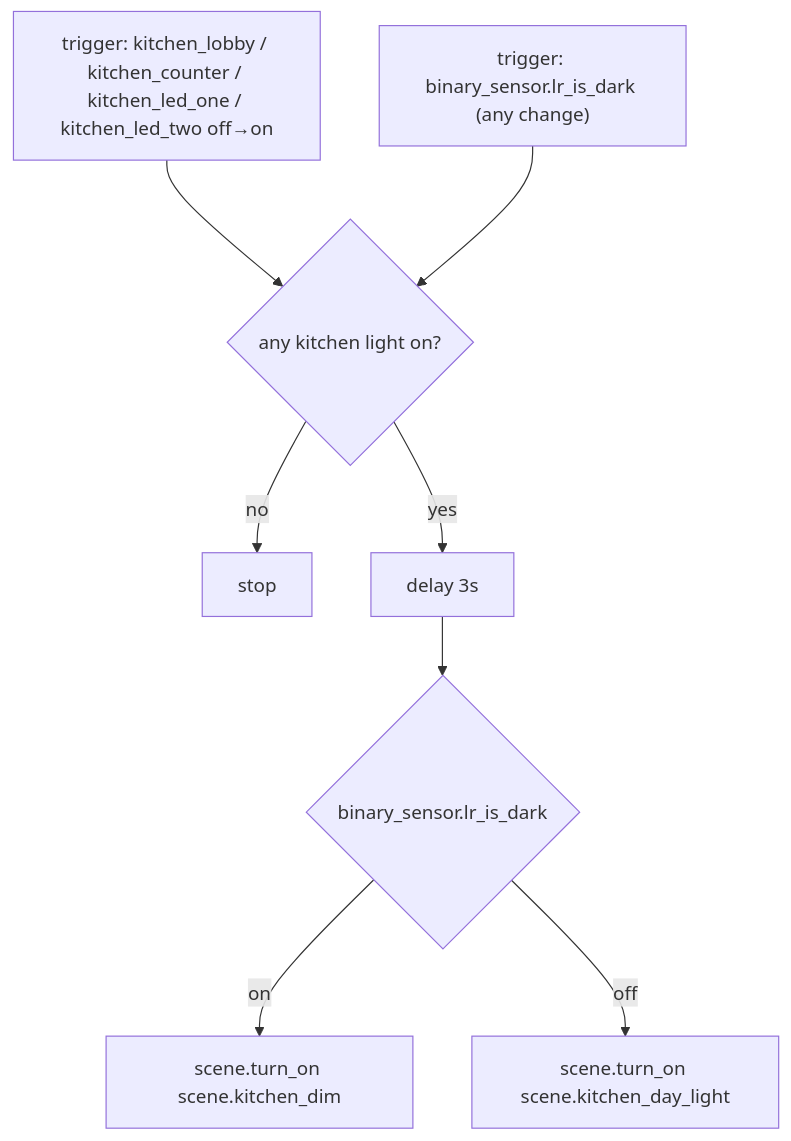
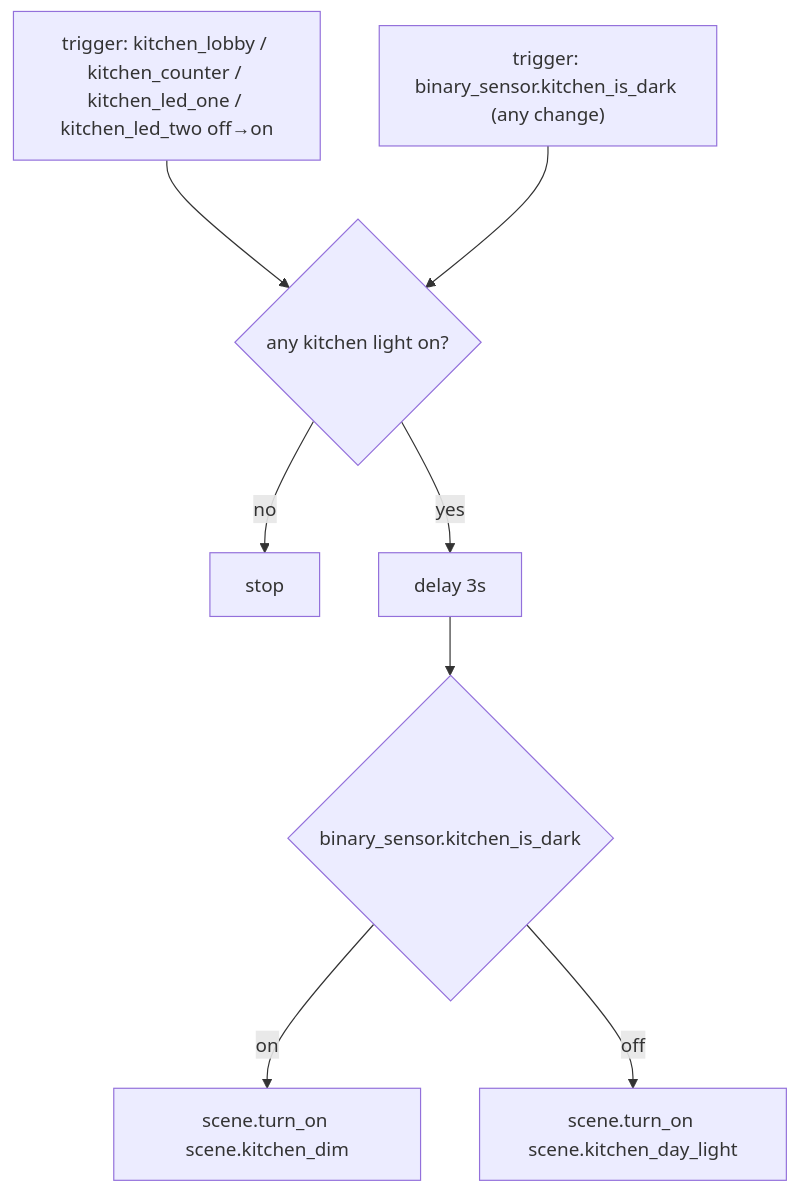
Before and after one commit to nerami/terminus-config: the diagram in docs/automations/kitchen.md, drawn with Mermaid. The commit also changed other lines of this file and 6 other files, not shown here.

````diff
--- a/docs/automations/kitchen.md
+++ b/docs/automations/kitchen.md
@@ -16,13 +17,13 @@
 ```mermaid
 flowchart TD
     T1["trigger: kitchen_lobby / kitchen_counter / kitchen_led_one / kitchen_led_two off→on"]
-    T2["trigger: binary_sensor.lr_is_dark (any change)"]
+    T2["trigger: binary_sensor.kitchen_is_dark (any change)"]
     T1 --> C
     T2 --> C
     C{"any kitchen light on?"}
     C -- no --> X["stop"]
     C -- yes --> D["delay 3s"]
-    D --> S{"binary_sensor.lr_is_dark"}
+    D --> S{"binary_sensor.kitchen_is_dark"}
     S -- on --> DIM["scene.turn_on scene.kitchen_dim"]
     S -- off --> DAY["scene.turn_on scene.kitchen_day_light"]
 ```
````
